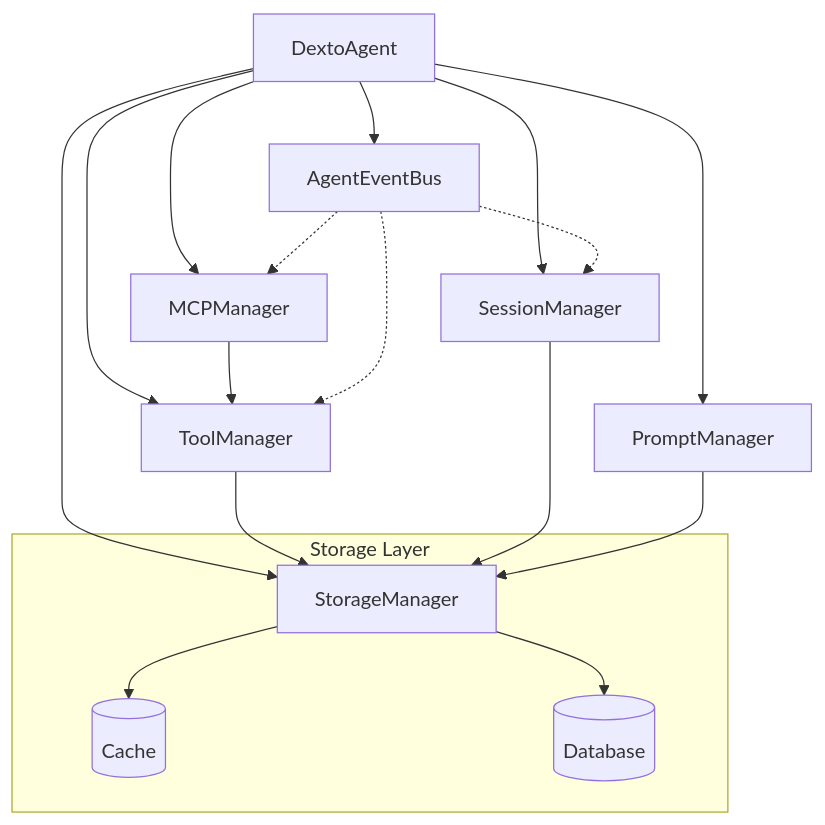
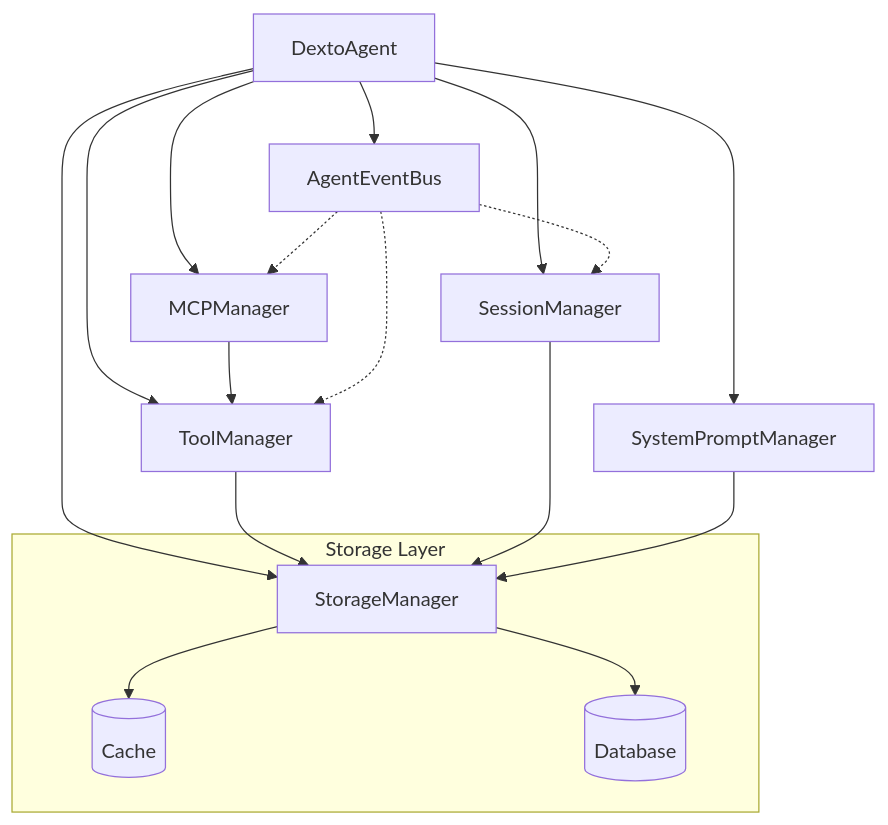
One commit to truffle-ai/dexto changed the diagram in docs/docs/architecture/services.md. Above: the diagram before and after it, drawn with Mermaid. The commit also changed other lines of this file and 96 other files, not shown here.

````diff
--- a/docs/docs/architecture/services.md
+++ b/docs/docs/architecture/services.md
@@ -19,27 +19,27 @@
 ```mermaid
 graph TB
     DA[DextoAgent] --> SM[SessionManager]
     DA --> MM[MCPManager]
     DA --> TM[ToolManager]
-    DA --> PM[PromptManager]
+    DA --> SPM[SystemPromptManager]
     DA --> STM[StorageManager]
     DA --> AEB[AgentEventBus]
     
     MM --> TM
     TM --> STM
     SM --> STM
-    PM --> STM
+    SPM --> STM
     
     AEB -.-> SM
     AEB -.-> MM
     AEB -.-> TM
     
     subgraph "Storage Layer"
         STM
         Cache[(Cache)]
         DB[(Database)]
     end
     
     STM --> Cache
     STM --> DB
 ```
````
